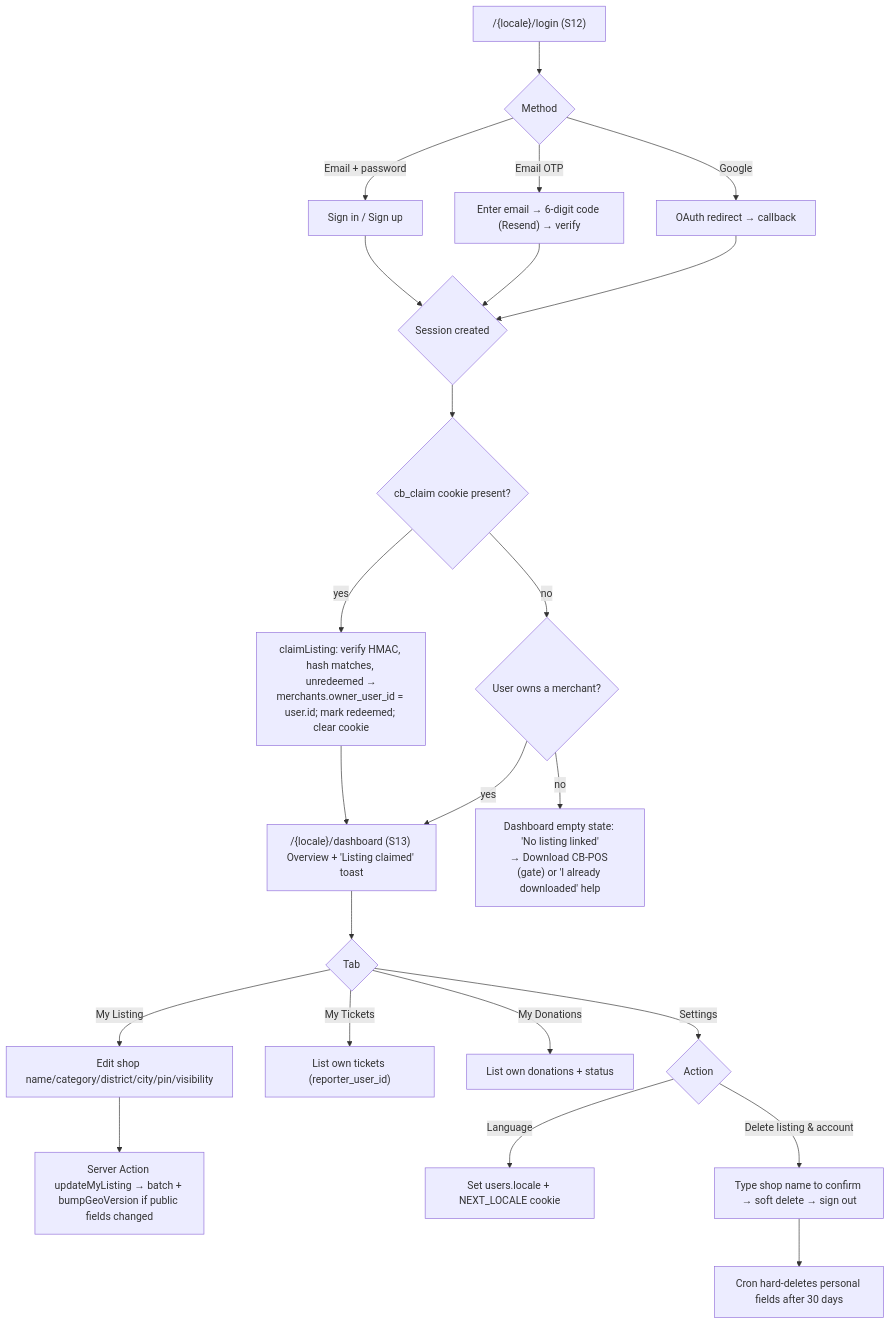
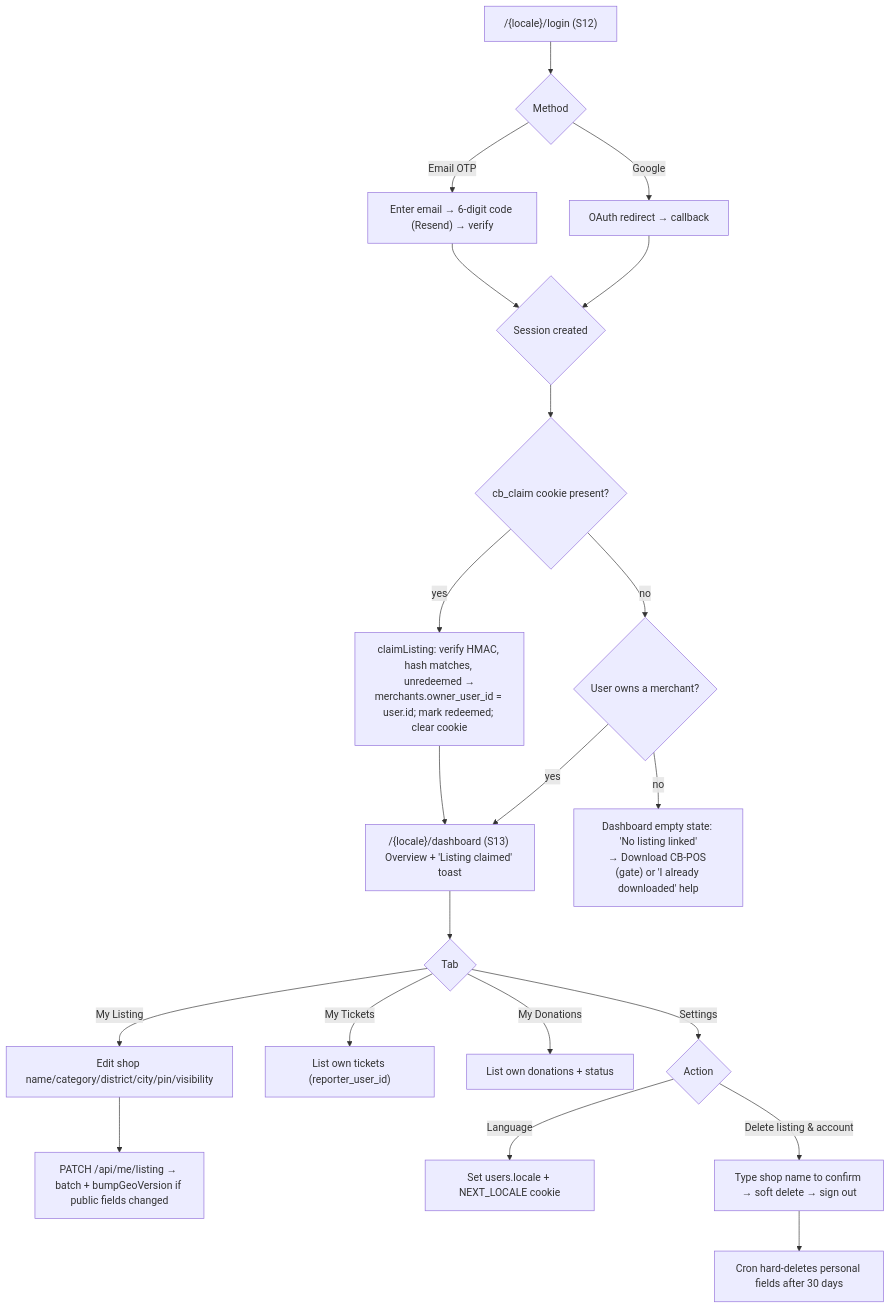
One commit to ceybyte/CeyByte.com changed the seventh of 7 diagrams in docs/04-APP_FLOW.md. Above: the diagram before and after it, drawn with Mermaid. The commit also changed other lines of this file and 3 other files, not shown here.

First line of the commit message:
docs(free): align PRD, flows, schema, copy with static + API stack

````diff
--- a/docs/04-APP_FLOW.md
+++ b/docs/04-APP_FLOW.md
@@ -353,25 +353,23 @@
 ```mermaid
 flowchart TD
   A["/{locale}/login (S12)"] --> B{"Method"}
-  B -- "Email + password" --> C["Sign in / Sign up"]
   B -- "Email OTP" --> D["Enter email → 6-digit code (Resend) → verify"]
   B -- Google --> E["OAuth redirect → callback"]
-  C --> F{"Session created"}
-  D --> F
+  D --> F{"Session created"}
   E --> F
   F --> G{"cb_claim cookie present?"}
   G -- yes --> H["claimListing: verify HMAC, hash matches, unredeemed →<br/>merchants.owner_user_id = user.id; mark redeemed; clear cookie"]
   G -- no --> I{"User owns a merchant?"}
   H --> J["/{locale}/dashboard (S13) Overview + 'Listing claimed' toast"]
   I -- yes --> J
   I -- no --> K["Dashboard empty state: 'No listing linked'<br/>→ Download CB-POS (gate) or 'I already downloaded' help"]
   J --> L{"Tab"}
   L -- "My Listing" --> M["Edit shop name/category/district/city/pin/visibility"]
-  M --> N["Server Action updateMyListing → batch + bumpGeoVersion if public fields changed"]
+  M --> N["PATCH /api/me/listing → batch + bumpGeoVersion if public fields changed"]
   L -- "My Tickets" --> O["List own tickets (reporter_user_id)"]
   L -- "My Donations" --> P["List own donations + status"]
   L -- Settings --> Q{"Action"}
   Q -- "Language" --> R["Set users.locale + NEXT_LOCALE cookie"]
   Q -- "Delete listing & account" --> S["Type shop name to confirm → soft delete → sign out"]
   S --> T["Cron hard-deletes personal fields after 30 days"]
 ```
````
